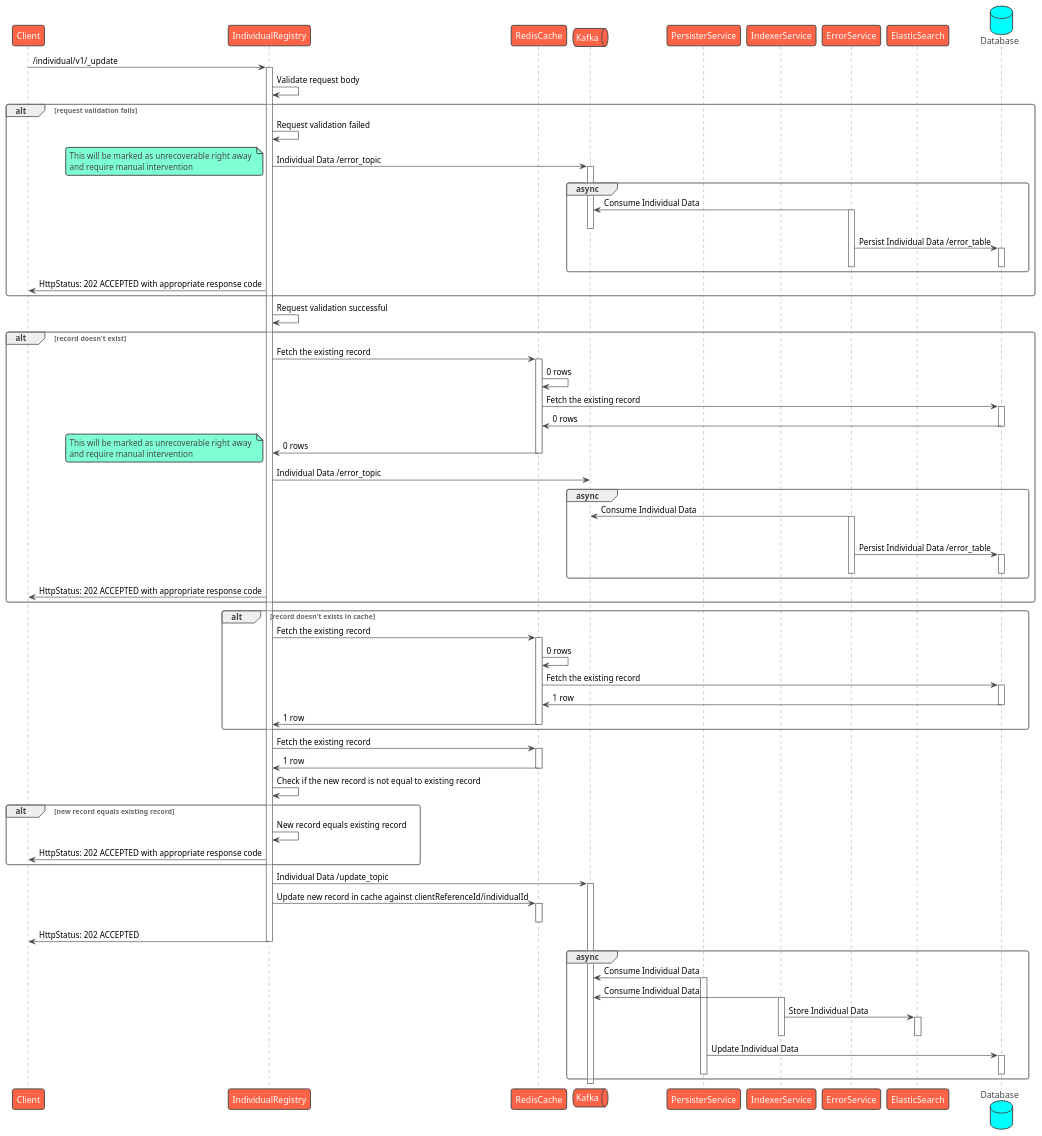
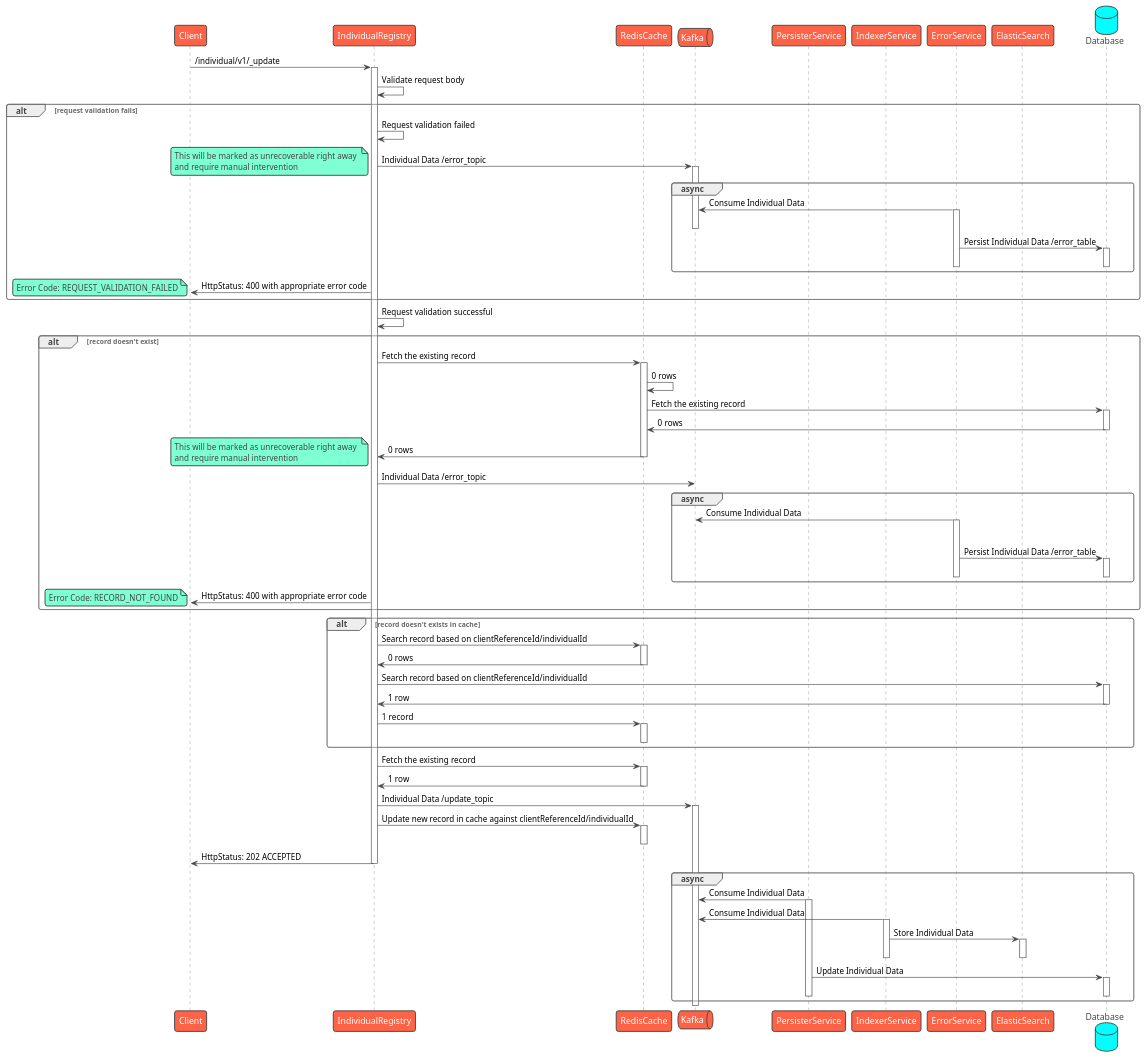
The diagram in contracts/registries/individual/sequence/update.puml (egovernments/health-api-specs), drawn with PlantUML before and after one commit. The commit also changed 3 other files, not shown here.

Commit message:
Add ER diagrams for Individual Sequence diagram updates for Individual

```diff
--- a/contracts/registries/individual/sequence/update.puml
+++ b/contracts/registries/individual/sequence/update.puml
@@ -1,103 +1,111 @@
 @startuml Individual Registry - Update
 !theme vibrant
 participant Client as c
 participant IndividualRegistry as ir
 participant RedisCache as rc
 queue Kafka as k
 participant PersisterService as prs
 participant IndexerService as idx
 participant ErrorService as es
 participant ElasticSearch as el
 database Database as db
 c -> ir : /individual/v1/_update
 activate ir
 ir -> ir: Validate request body
 alt request validation fails
     ir -> ir: Request validation failed
     ir -> k: Individual Data /error_topic
     note left
         This will be marked as unrecoverable right away 
         and require manual intervention
     end note
     activate k
     group async
         es -> k: Consume Individual Data
         activate es
         deactivate k
         es -> db: Persist Individual Data /error_table
         activate db
         deactivate db
         deactivate es
     end
-    ir -> c: HttpStatus: 202 ACCEPTED with appropriate response code
+    ir -> c: HttpStatus: 400 with appropriate error code
+    note left
+      Error Code: REQUEST_VALIDATION_FAILED
+    end note
 end
 ir -> ir: Request validation successful
 alt record doesn't exist
     ir -> rc: Fetch the existing record
     activate rc
     rc -> rc: 0 rows
     rc -> db: Fetch the existing record
     activate db
     db -> rc: 0 rows
     deactivate db
     rc -> ir: 0 rows
     deactivate rc
     note left
         This will be marked as unrecoverable right away 
         and require manual intervention
     end note
     ir -> k: Individual Data /error_topic
     group async
         es -> k: Consume Individual Data
         activate es
         deactivate k
         es -> db: Persist Individual Data /error_table
         activate db
         deactivate db
         deactivate es
     end
-    ir -> c: HttpStatus: 202 ACCEPTED with appropriate response code
+    ir -> c: HttpStatus: 400 with appropriate error code
+    note left
+      Error Code: RECORD_NOT_FOUND
+    end note
 end
 alt record doesn't exists in cache
-    ir -> rc: Fetch the existing record
+    ir -> rc: Search record based on clientReferenceId/individualId
     activate rc
-    rc -> rc: 0 rows
-    rc -> db: Fetch the existing record
+    rc -> ir: 0 rows
+    deactivate rc
+    ir -> db: Search record based on clientReferenceId/individualId
     activate db
-    db -> rc: 1 row
+    db -> ir: 1 row
     deactivate db
-    rc -> ir: 1 row
+    ir -> rc: 1 record
+    activate rc
     deactivate rc
 end
 ir -> rc: Fetch the existing record
 activate rc
 rc -> ir: 1 row
 deactivate rc
-ir -> ir: Check if the new record is not equal to existing record
-alt new record equals existing record
-    ir -> ir: New record equals existing record
-    ir -> c: HttpStatus: 202 ACCEPTED with appropriate response code
-end
+'ir -> ir: Check if the new record is not equal to existing record
+'alt new record equals existing record
+'    ir -> ir: New record equals existing record
+'    ir -> c: HttpStatus: 202 ACCEPTED with appropriate response code
+'end
 ir -> k: Individual Data /update_topic
 activate k
 ir -> rc: Update new record in cache against clientReferenceId/individualId
 activate rc
 deactivate rc
 ir -> c: HttpStatus: 202 ACCEPTED
 deactivate ir
 group async
     prs -> k: Consume Individual Data
     activate prs
     idx -> k: Consume Individual Data
     activate idx
     idx -> el: Store Individual Data
     activate el
     deactivate el
     deactivate idx
     prs -> db: Update Individual Data
     activate db
     deactivate db
     deactivate prs
 end
 deactivate k
 @enduml
```
